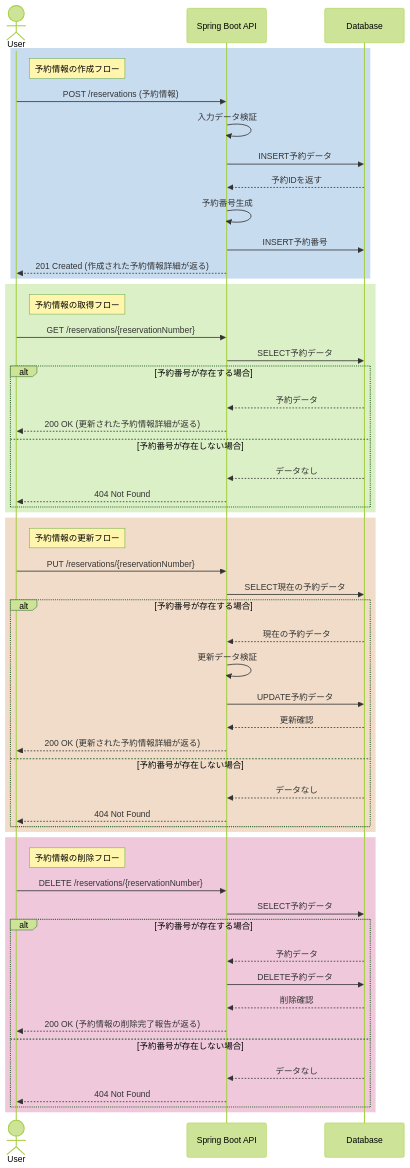
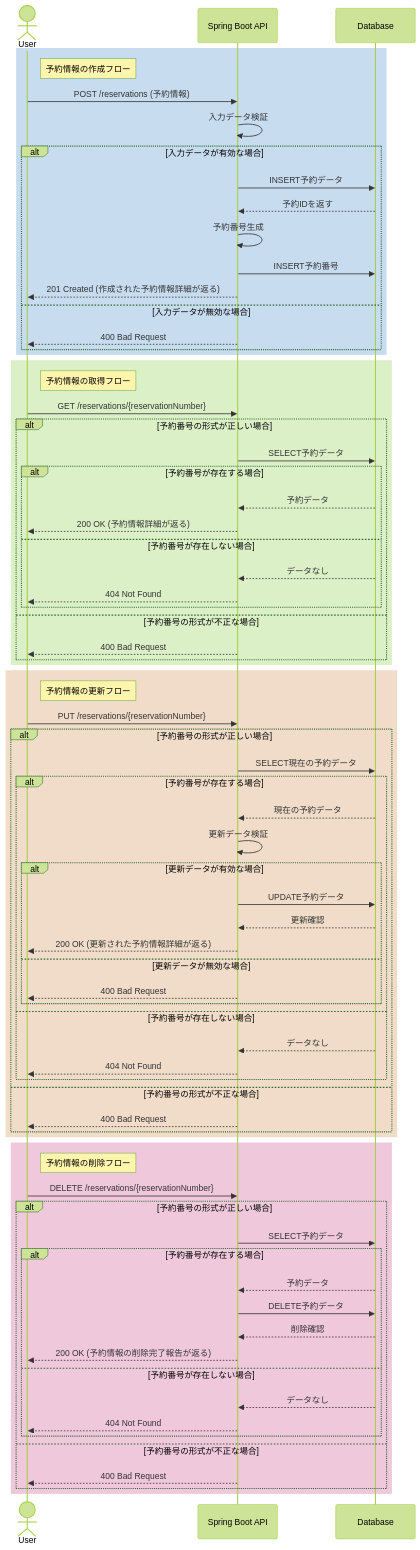
Before and after one commit to Ema-Sakai/Assignment-10: the second of 2 diagrams in README.md, drawn with Mermaid (forest theme).

Commit message:
change:シーケンス図練り直し。

````diff
--- a/README.md
+++ b/README.md
@@ -86,61 +86,81 @@
 ```mermaid
 sequenceDiagram
     actor User
     participant API as Spring Boot API
     participant DB as Database
 
     rect rgb(200, 220, 240)
         Note right of User: 予約情報の作成フロー
         User ->> API: POST /reservations (予約情報)
         API ->> API: 入力データ検証
-        API ->> DB: INSERT予約データ
-        DB -->> API: 予約IDを返す
-        API ->> API: 予約番号生成
-        API ->> DB: INSERT予約番号
-        API -->> User: 201 Created (作成された予約情報詳細が返る)
+        alt 入力データが有効な場合
+            API ->> DB: INSERT予約データ
+            DB -->> API: 予約IDを返す
+            API ->> API: 予約番号生成
+            API ->> DB: INSERT予約番号
+            API -->> User: 201 Created (作成された予約情報詳細が返る)
+        else 入力データが無効な場合
+            API -->> User: 400 Bad Request
+        end
     end
 
     rect rgb(220, 240, 200)
         Note right of User: 予約情報の取得フロー
         User ->> API: GET /reservations/{reservationNumber}
-        API ->> DB: SELECT予約データ
-        alt 予約番号が存在する場合
-            DB -->> API: 予約データ
-            API -->> User: 200 OK (更新された予約情報詳細が返る)
-        else 予約番号が存在しない場合
-            DB -->> API: データなし
-            API -->> User: 404 Not Found
+        alt 予約番号の形式が正しい場合
+            API ->> DB: SELECT予約データ
+            alt 予約番号が存在する場合
+                DB -->> API: 予約データ
+                API -->> User: 200 OK (予約情報詳細が返る)
+            else 予約番号が存在しない場合
+                DB -->> API: データなし
+                API -->> User: 404 Not Found
+            end
+        else 予約番号の形式が不正な場合
+            API -->> User: 400 Bad Request
         end
     end
 
     rect rgb(240, 220, 200)
         Note right of User: 予約情報の更新フロー
         User ->> API: PUT /reservations/{reservationNumber}
-        API ->> DB: SELECT現在の予約データ
-        alt 予約番号が存在する場合
-            DB -->> API: 現在の予約データ
-            API ->> API: 更新データ検証
-            API ->> DB: UPDATE予約データ
-            DB -->> API: 更新確認
-            API -->> User: 200 OK (更新された予約情報詳細が返る)
-        else 予約番号が存在しない場合
-            DB -->> API: データなし
-            API -->> User: 404 Not Found
+        alt 予約番号の形式が正しい場合
+            API ->> DB: SELECT現在の予約データ
+            alt 予約番号が存在する場合
+                DB -->> API: 現在の予約データ
+                API ->> API: 更新データ検証
+                alt 更新データが有効な場合
+                    API ->> DB: UPDATE予約データ
+                    DB -->> API: 更新確認
+                    API -->> User: 200 OK (更新された予約情報詳細が返る)
+                else 更新データが無効な場合
+                    API -->> User: 400 Bad Request
+                end
+            else 予約番号が存在しない場合
+                DB -->> API: データなし
+                API -->> User: 404 Not Found
+            end
+        else 予約番号の形式が不正な場合
+            API -->> User: 400 Bad Request
         end
     end
 
     rect rgb(240, 200, 220)
         Note right of User: 予約情報の削除フロー
         User ->> API: DELETE /reservations/{reservationNumber}
-        API ->> DB: SELECT予約データ
-        alt 予約番号が存在する場合
-            DB -->> API: 予約データ
-            API ->> DB: DELETE予約データ
-            DB -->> API: 削除確認
-            API -->> User: 200 OK (予約情報の削除完了報告が返る)
-        else 予約番号が存在しない場合
-            DB -->> API: データなし
-            API -->> User: 404 Not Found
+        alt 予約番号の形式が正しい場合
+            API ->> DB: SELECT予約データ
+            alt 予約番号が存在する場合
+                DB -->> API: 予約データ
+                API ->> DB: DELETE予約データ
+                DB -->> API: 削除確認
+                API -->> User: 200 OK (予約情報の削除完了報告が返る)
+            else 予約番号が存在しない場合
+                DB -->> API: データなし
+                API -->> User: 404 Not Found
+            end
+        else 予約番号の形式が不正な場合
+            API -->> User: 400 Bad Request
         end
     end
 ```
````
